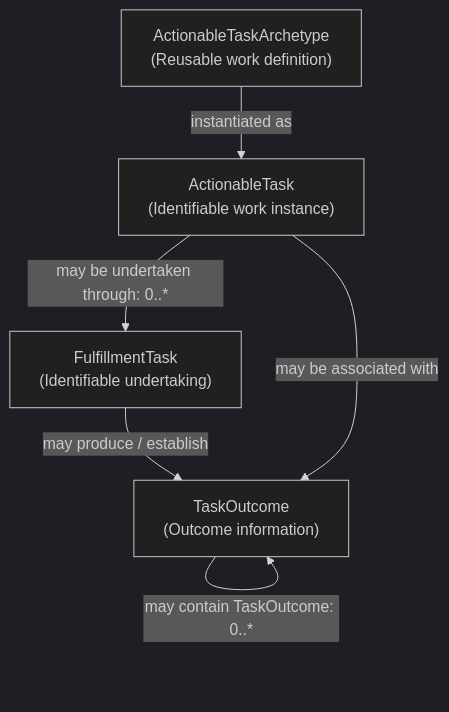
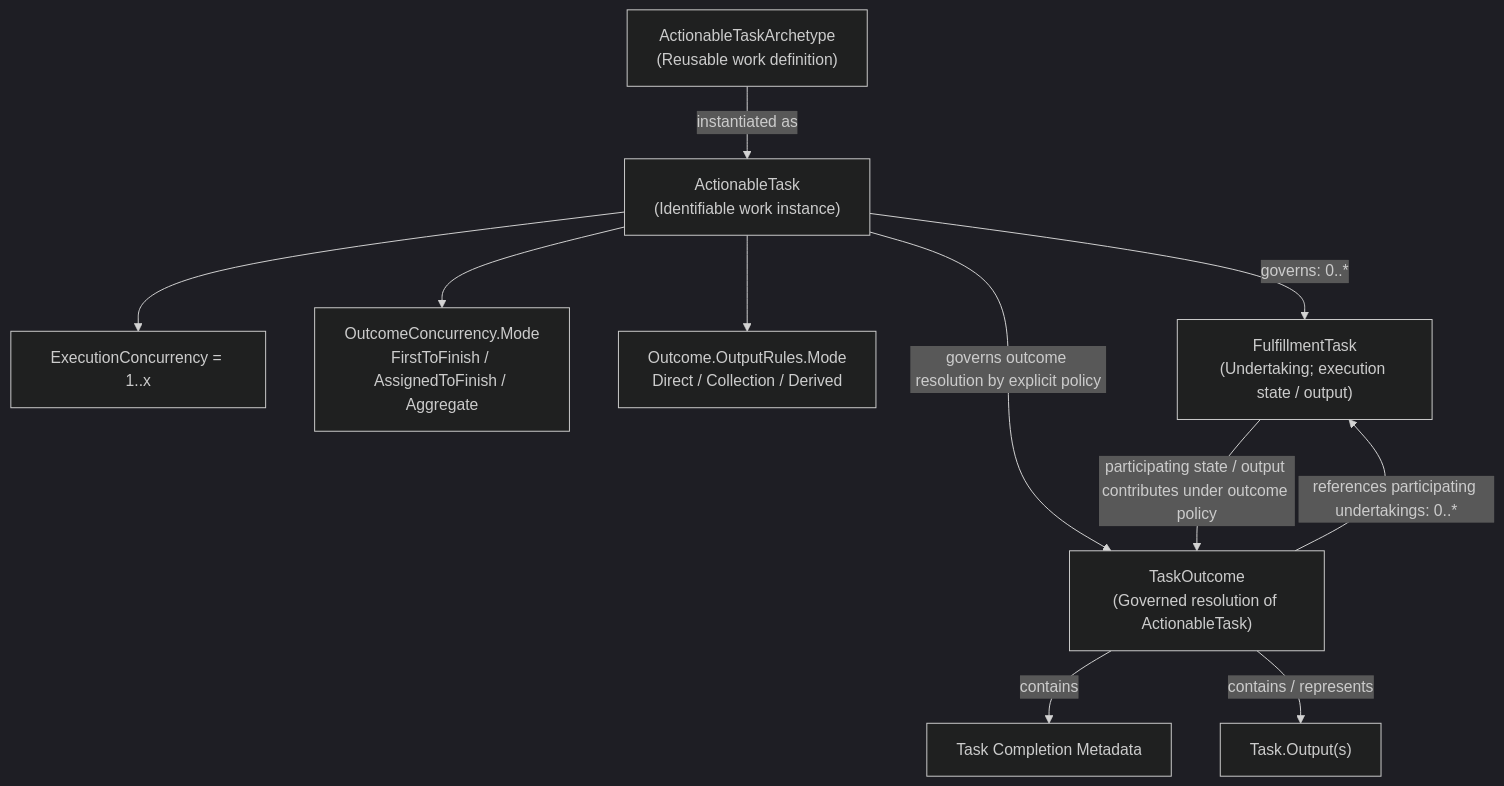
One commit to fhirfactory/harmonia changed the diagram in docs/markdown/04-information-architecture/information-families/task-work.md. Above: the diagram before and after it, drawn with Mermaid (dark theme). The commit also changed other lines of this file and 10 other files, not shown here.

````diff
--- a/docs/markdown/04-information-architecture/information-families/task-work.md
+++ b/docs/markdown/04-information-architecture/information-families/task-work.md
@@ -96,9 +200,14 @@
 ```mermaid
 graph TD
     ATA["ActionableTaskArchetype<br/>(Reusable work definition)"]
     ATA -->|"instantiated as"| AT["ActionableTask<br/>(Identifiable work instance)"]
-    AT -->|"may be undertaken through: 0..*"| FT["FulfillmentTask<br/>(Identifiable undertaking)"]
-    FT -->|"may produce / establish"| TO["TaskOutcome<br/>(Outcome information)"]
-    AT -->|"may be associated with"| TO
-    TO -->|"may contain TaskOutcome: 0..*"| TO
+    AT --> EC["ExecutionConcurrency = 1..x"]
+    AT --> OC["OutcomeConcurrency.Mode<br/>FirstToFinish / AssignedToFinish / Aggregate"]
+    AT --> OR["Outcome.OutputRules.Mode<br/>Direct / Collection / Derived"]
+    AT -->|"governs: 0..*"| FT["FulfillmentTask<br/>(Undertaking; execution state / output)"]
+    AT -->|"governs outcome resolution by explicit policy"| TO["TaskOutcome<br/>(Governed resolution of ActionableTask)"]
+    FT -->|"participating state / output contributes under outcome policy"| TO
+    TO -->|"references participating undertakings: 0..*"| FT
+    TO -->|"contains"| TCM["Task Completion Metadata"]
+    TO -->|"contains / represents"| OUT["Task.Output(s)"]
 ```
````
